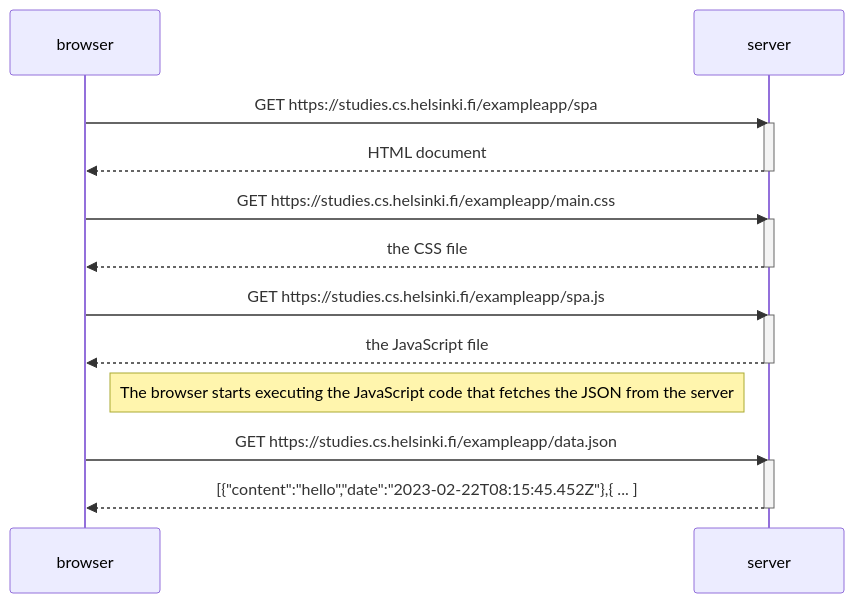
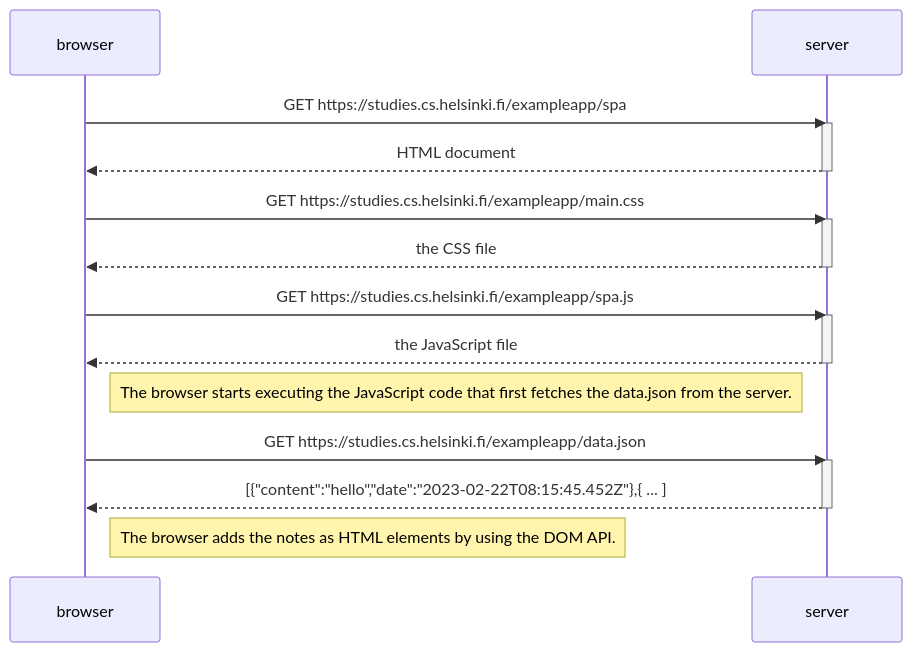
One commit to anni-parkkila/FullStackOpen changed the diagram in osa0/0_5_single_page_app.md. Above: the diagram before and after it, drawn with Mermaid. The commit also changed 1 other file, not shown here.

Commit message:
Update 0.4 and 0.5

````diff
--- a/osa0/0_5_single_page_app.md
+++ b/osa0/0_5_single_page_app.md
@@ -1,27 +1,29 @@
 ```mermaid
 sequenceDiagram
     participant browser
     participant server
 
     browser->>server: GET https://studies.cs.helsinki.fi/exampleapp/spa
     activate server
     server-->>browser: HTML document
     deactivate server
 
     browser->>server: GET https://studies.cs.helsinki.fi/exampleapp/main.css
     activate server
     server-->>browser: the CSS file
     deactivate server
 
     browser->>server: GET https://studies.cs.helsinki.fi/exampleapp/spa.js
     activate server
     server-->>browser: the JavaScript file
     deactivate server
 
-    Note right of browser: The browser starts executing the JavaScript code that fetches the JSON from the server
+    Note right of browser: The browser starts executing the JavaScript code that first fetches the data.json from the server.
 
     browser->>server: GET https://studies.cs.helsinki.fi/exampleapp/data.json
     activate server
     server-->>browser: [{"content":"hello","date":"2023-02-22T08:15:45.452Z"},{ ... ]
     deactivate server
+
+    Note right of browser: The browser adds the notes as HTML elements by using the DOM API.
 ```
````
